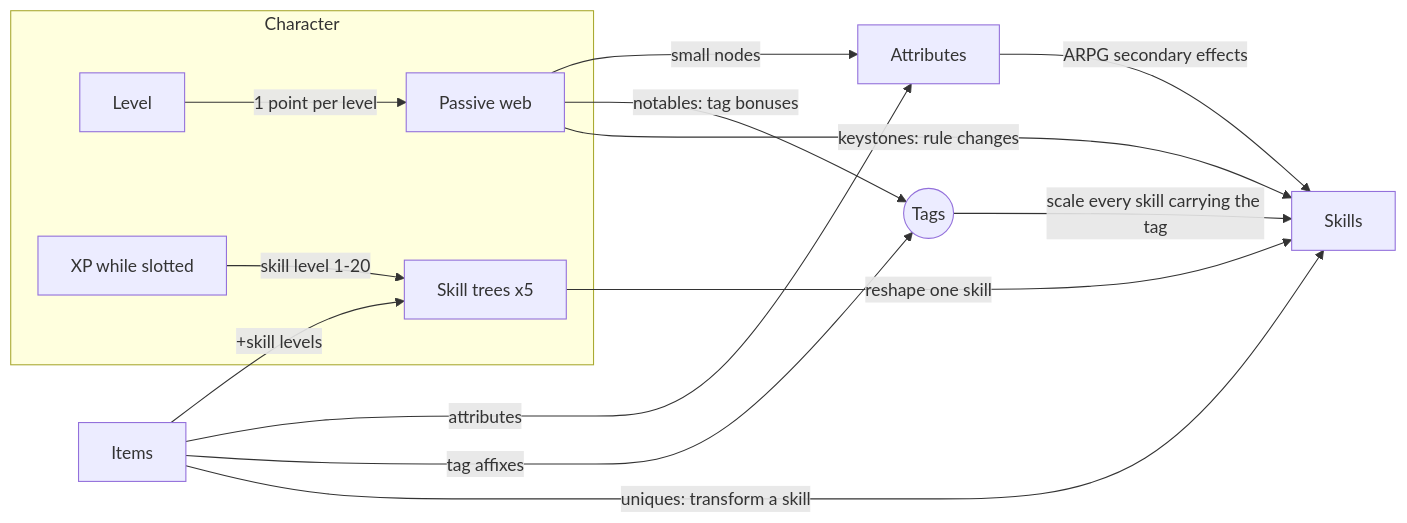
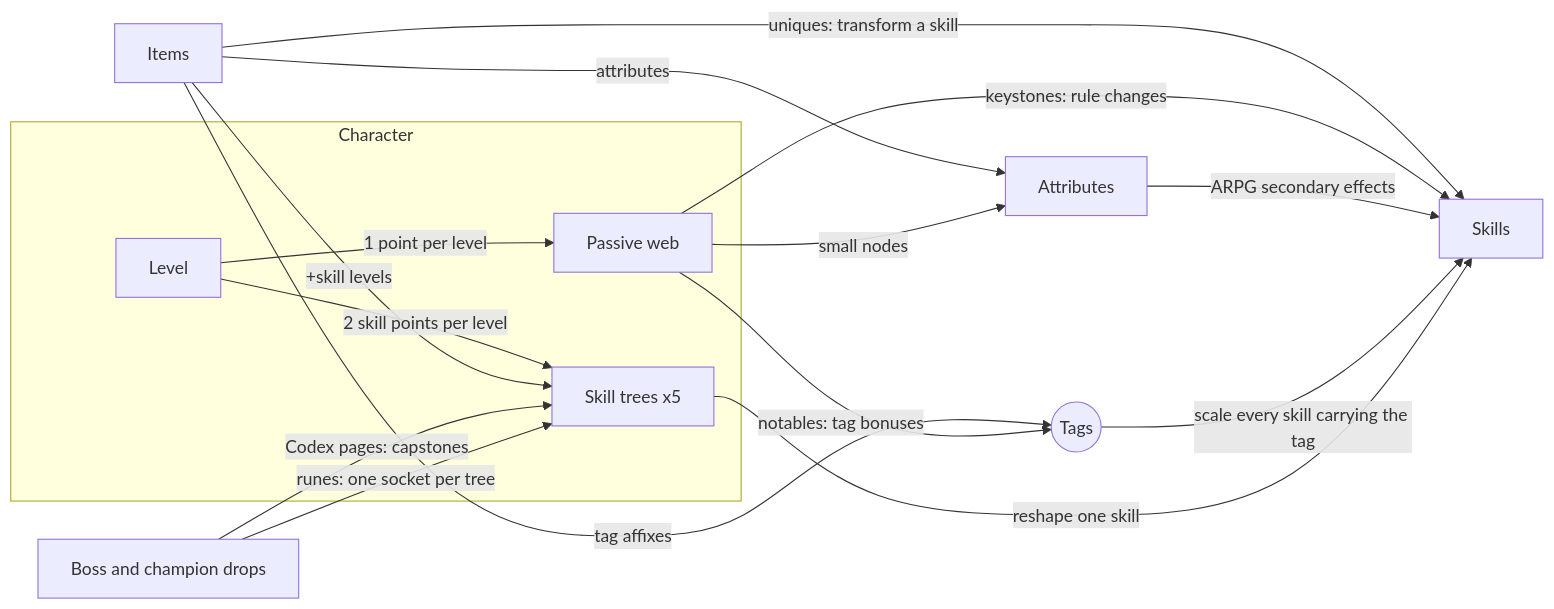
The diagram in docs/ARPG-CHARACTER.md (Gribby/benilla), drawn with Mermaid before and after one commit. The commit also changed other lines of this file, not shown here.

````diff
--- a/docs/ARPG-CHARACTER.md
+++ b/docs/ARPG-CHARACTER.md
@@ -40,17 +40,19 @@
 ```mermaid
 flowchart LR
   subgraph Character
     L[Level] -->|1 point per level| W[Passive web]
-    XP[XP while slotted] -->|skill level 1-20| ST[Skill trees x5]
+    L -->|2 skill points per level| ST[Skill trees x5]
   end
   I[Items] -->|+skill levels| ST
+  D[Boss and champion drops] -->|Codex pages: capstones| ST
+  D -->|runes: one socket per tree| ST
   I -->|attributes| A[Attributes]
   I -->|tag affixes| T((Tags))
   I -->|uniques: transform a skill| S[Skills]
   W -->|small nodes| A
   W -->|notables: tag bonuses| T
   W -->|keystones: rule changes| S
   A -->|ARPG secondary effects| S
   T -->|scale every skill carrying the tag| S
   ST -->|reshape one skill| S
 ```
````
